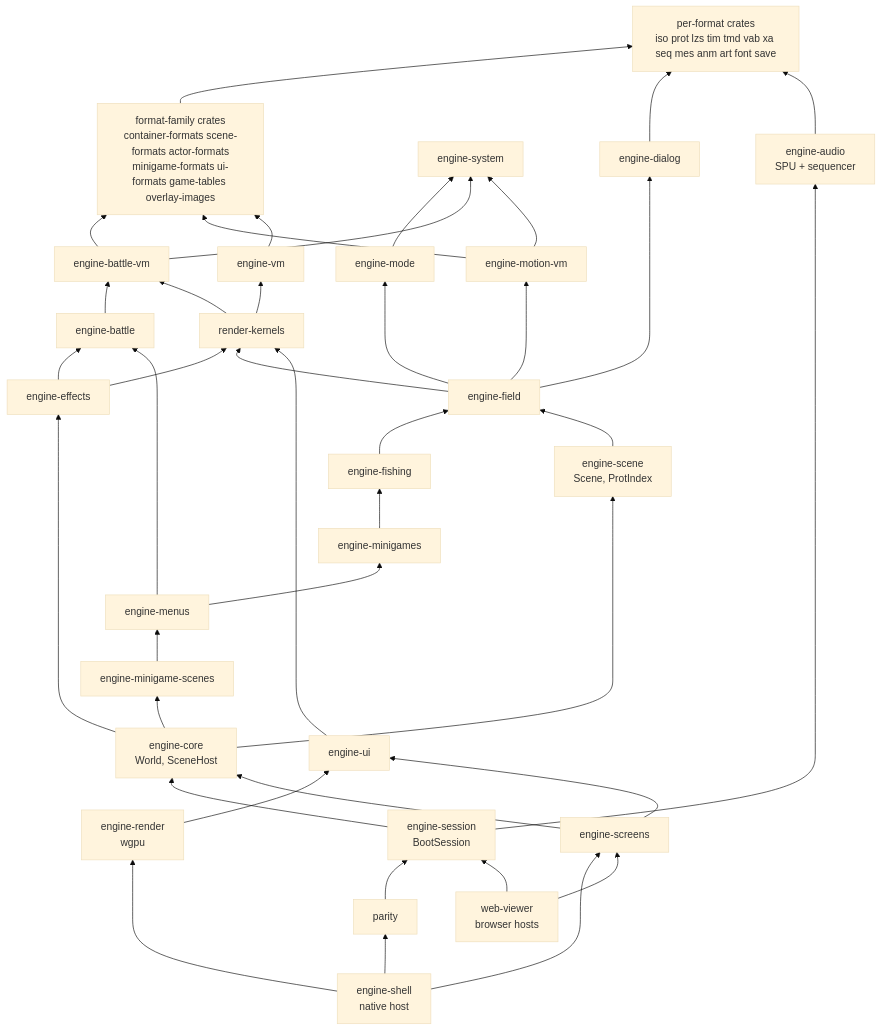
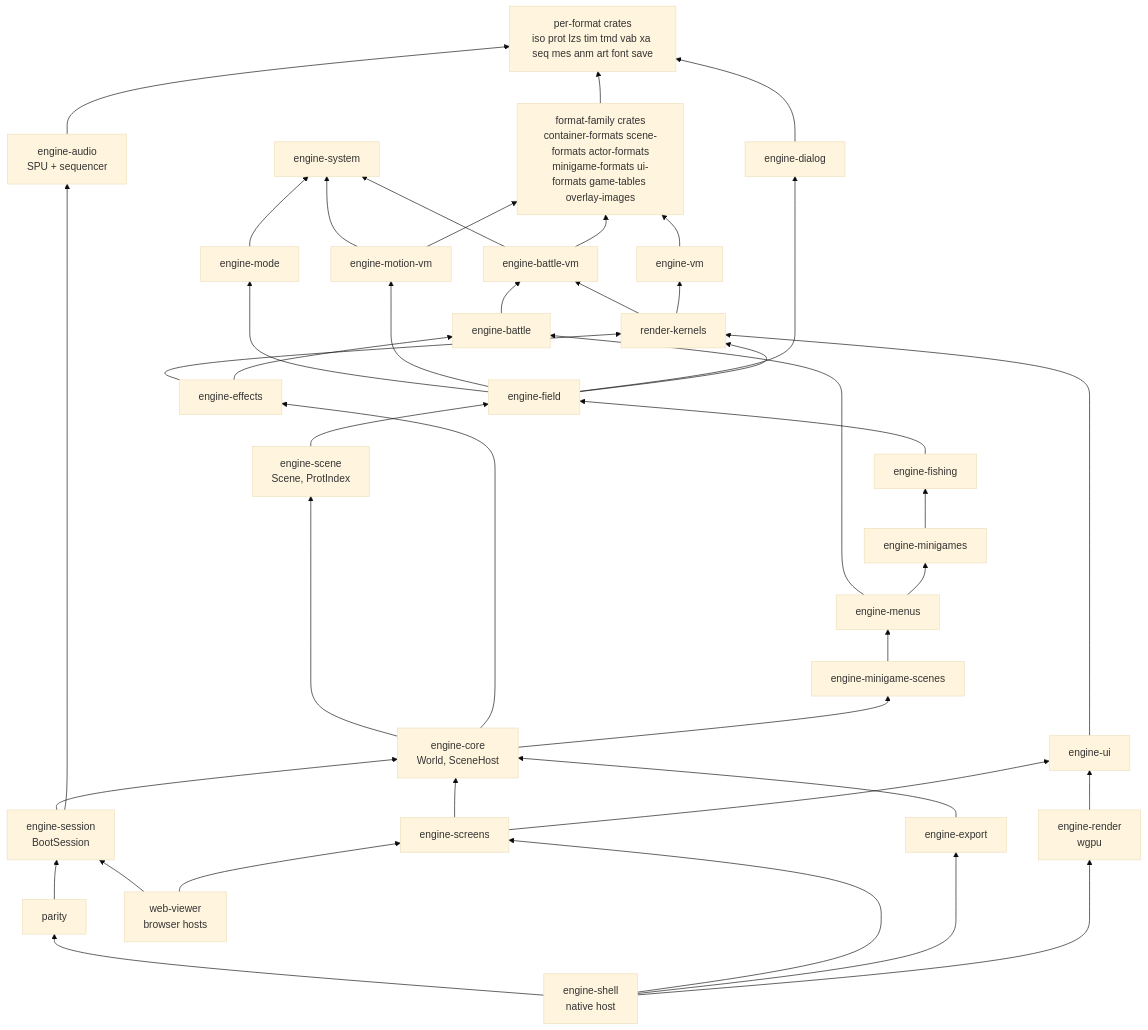
One commit to AndrewAltimit/legend-of-legaia-re changed the first of 4 diagrams in docs/subsystems/engine.md. Above: the diagram before and after it, drawn with Mermaid (base theme). The commit also changed other lines of this file and 375 other files, not shown here.

First line of the commit message:
Gap wave: unseeded play 9 to 15 milestones, battle HUD glides, engine-core split (#522)

````diff
--- a/docs/subsystems/engine.md
+++ b/docs/subsystems/engine.md
@@ -41,69 +41,72 @@
 ```mermaid
 flowchart BT
     FMT["per-format crates<br/>iso prot lzs tim tmd vab xa seq mes anm art font save"]
     FAM["format-family crates<br/>container-formats scene-formats actor-formats<br/>minigame-formats ui-formats game-tables overlay-images"]
     ESYS["engine-system"]
     EMODE["engine-mode"]
     EDLG["engine-dialog"]
     EBV["engine-battle-vm"]
     EMV["engine-motion-vm"]
     EVM["engine-vm"]
     EB["engine-battle"]
     RK["render-kernels"]
     EFX["engine-effects"]
     EFIELD["engine-field"]
     EFISH["engine-fishing"]
     EMG["engine-minigames"]
     EMENU["engine-menus"]
     EMGS["engine-minigame-scenes"]
     ESCN["engine-scene<br/>Scene, ProtIndex"]
     CORE["engine-core<br/>World, SceneHost"]
     EUI["engine-ui"]
     EREN["engine-render<br/>wgpu"]
     EAUD["engine-audio<br/>SPU + sequencer"]
     SESS["engine-session<br/>BootSession"]
     SCR["engine-screens"]
+    EXP["engine-export"]
     PAR["parity"]
     SHELL["engine-shell<br/>native host"]
     WEB["web-viewer<br/>browser hosts"]
 
     FAM --> FMT
     EDLG --> FMT
     EMODE --> ESYS
     EBV --> ESYS
     EBV --> FAM
     EMV --> ESYS
     EMV --> FAM
     EVM --> FAM
     EB --> EBV
     RK --> EBV
     RK --> EVM
     EFX --> RK
     EFX --> EB
     EFIELD --> EMODE
     EFIELD --> EMV
     EFIELD --> EDLG
     EFIELD --> RK
     EMENU --> EB
     EFISH --> EFIELD
     EMG --> EFISH
     EMENU --> EMG
     EMGS --> EMENU
     ESCN --> EFIELD
     CORE --> ESCN
     CORE --> EFX
     CORE --> EMGS
     EUI --> RK
     EREN --> EUI
     EAUD --> FMT
     SESS --> CORE
     SESS --> EAUD
     SCR --> CORE
     SCR --> EUI
     PAR --> SESS
     SHELL --> PAR
     SHELL --> SCR
+    SHELL --> EXP
+    EXP --> CORE
     SHELL --> EREN
     WEB --> SESS
     WEB --> SCR
 ```
````
